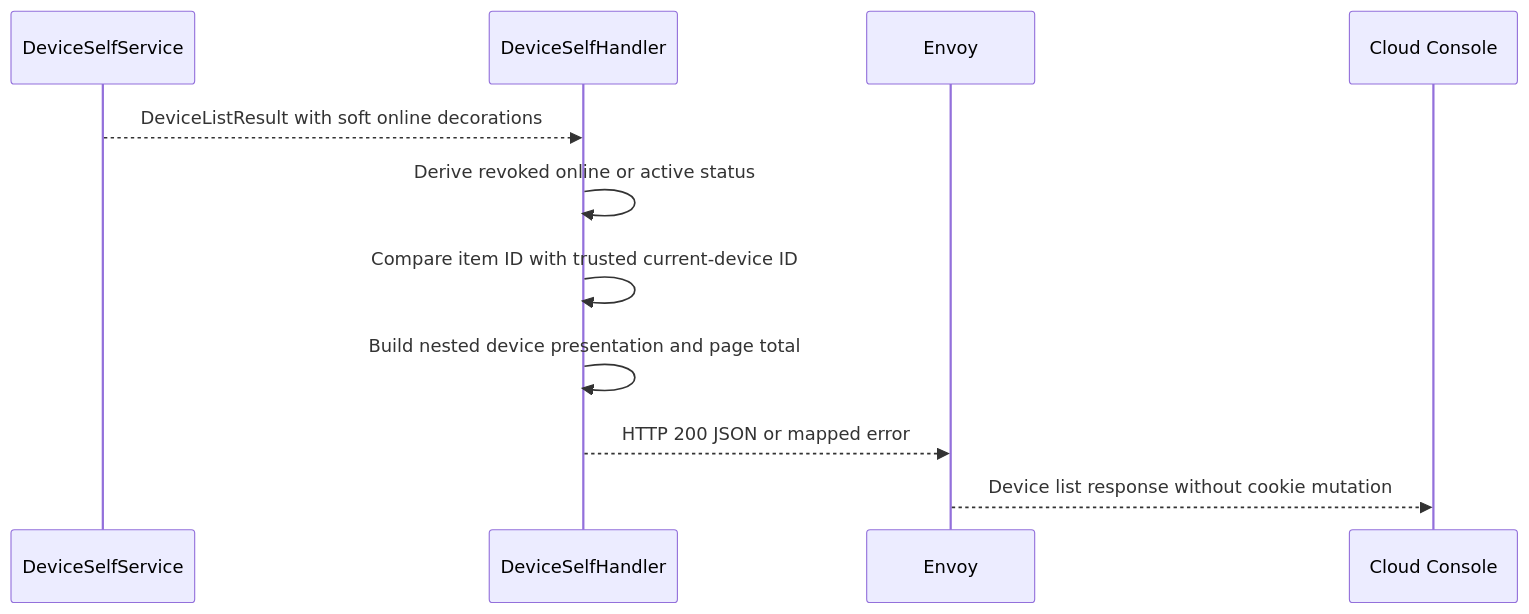
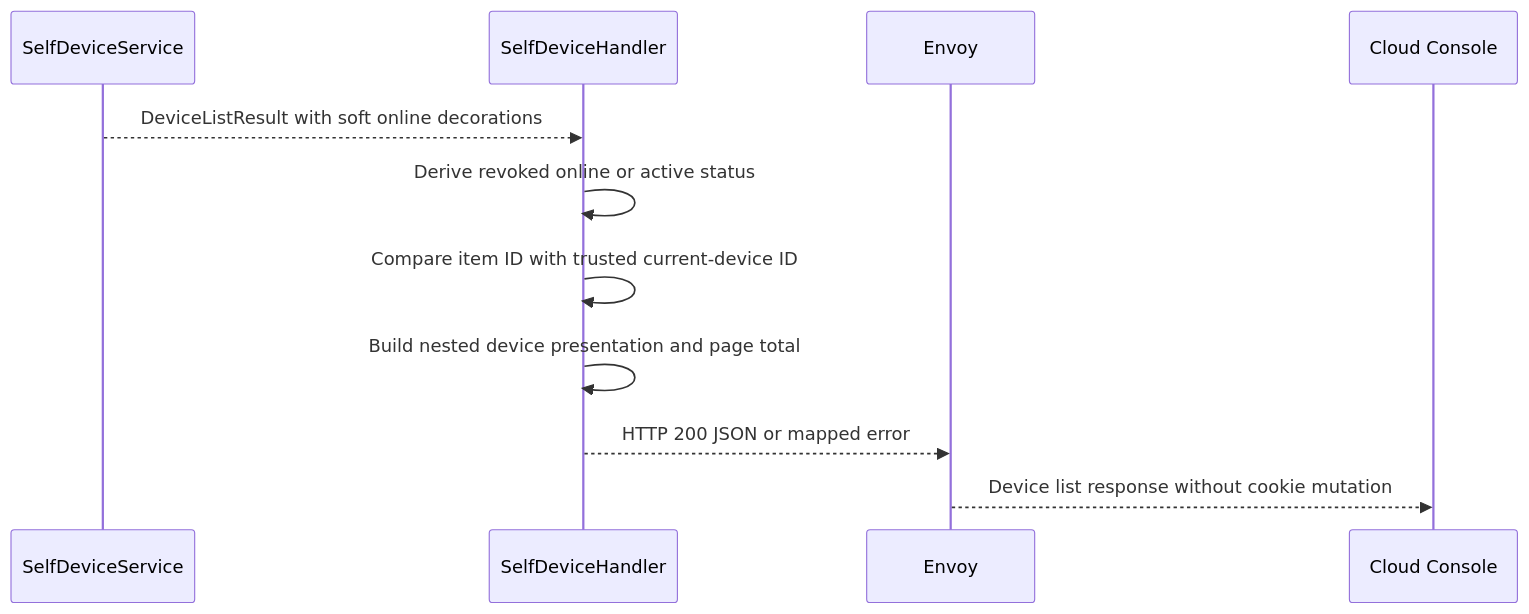
The third of 3 diagrams in god_view/iam/user_device_list_god_view_workflow.md (phucle996/aurora), drawn with Mermaid before and after one commit. The commit also changed other lines of this file and 68 other files, not shown here.

Commit message:
refactor: consolidate device management services and repositories into new personal and self device abstractions

````diff
--- a/god_view/iam/user_device_list_god_view_workflow.md
+++ b/god_view/iam/user_device_list_god_view_workflow.md
@@ -235,14 +242,14 @@
 ```mermaid
 sequenceDiagram
-    participant Service as DeviceSelfService
-    participant Handler as DeviceSelfHandler
+    participant Service as SelfDeviceService
+    participant Handler as SelfDeviceHandler
     participant Envoy as Envoy
     participant Browser as Cloud Console
 
     Service-->>Handler: DeviceListResult with soft online decorations
     Handler->>Handler: Derive revoked online or active status
     Handler->>Handler: Compare item ID with trusted current-device ID
     Handler->>Handler: Build nested device presentation and page total
     Handler-->>Envoy: HTTP 200 JSON or mapped error
     Envoy-->>Browser: Device list response without cookie mutation
 ```
````
